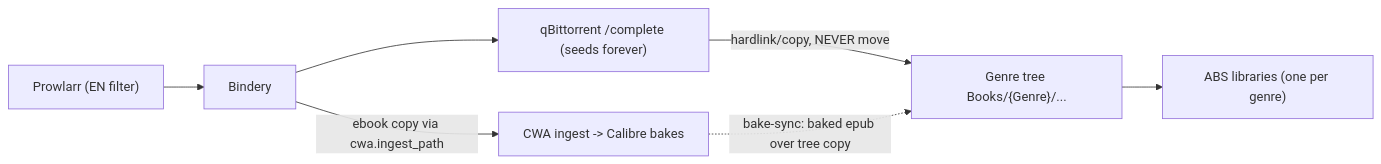
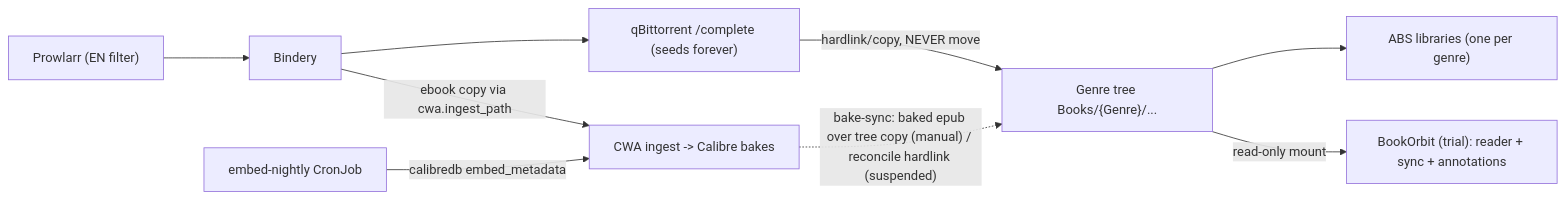
One commit to gavinmcfall/home-ops changed the diagram in docs/ai-context/nerdz-reading-stack.md. Above: the diagram before and after it, drawn with Mermaid. The commit also changed other lines of this file and 3 other files, not shown here.

First line of the commit message:
feat(home): nightly metadata embed CronJob (embed-nightly) (#2546)

````diff
--- a/docs/ai-context/nerdz-reading-stack.md
+++ b/docs/ai-context/nerdz-reading-stack.md
@@ -25,13 +27,15 @@
 ```mermaid
 graph LR
     P["Prowlarr (EN filter)"] --> B["Bindery"]
     B --> Q["qBittorrent /complete (seeds forever)"]
     Q -- "hardlink/copy, NEVER move" --> T["Genre tree Books/{Genre}/..."]
     B -- "ebook copy via cwa.ingest_path" --> C["CWA ingest -> Calibre bakes"]
     T --> A["ABS libraries (one per genre)"]
-    C -. "bake-sync: baked epub over tree copy" .-> T
+    T -- "read-only mount" --> O["BookOrbit (trial): reader + sync + annotations"]
+    E["embed-nightly CronJob"] -- "calibredb embed_metadata" --> C
+    C -. "bake-sync: baked epub over tree copy (manual) / reconcile hardlink (suspended)" .-> T
 
 %% MEANING: acquisition flows left-to-right into the disk tree; ABS only ever reads the tree.
 %% KEY INSIGHT: the seeding copy in /complete and the library copy are separate concerns joined by hardlinks.
 %% IMPLICATION: deleting/moving library-side files never breaks seeding; moving the /complete side does.
 ```
````
